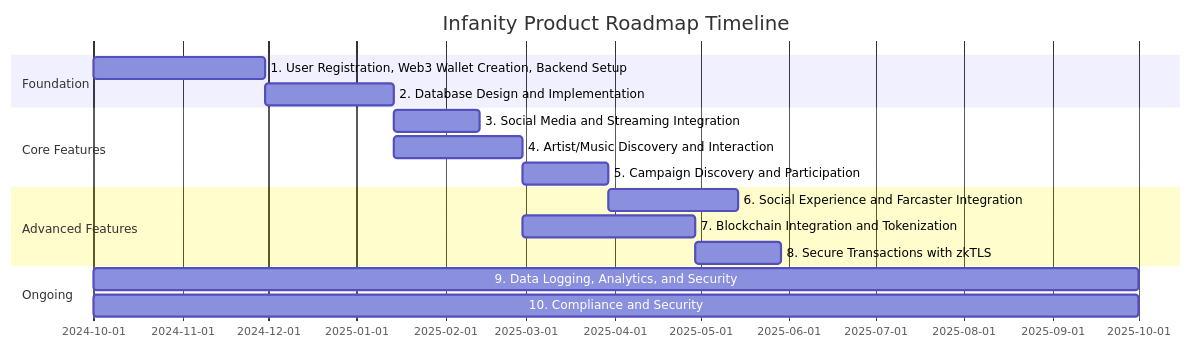
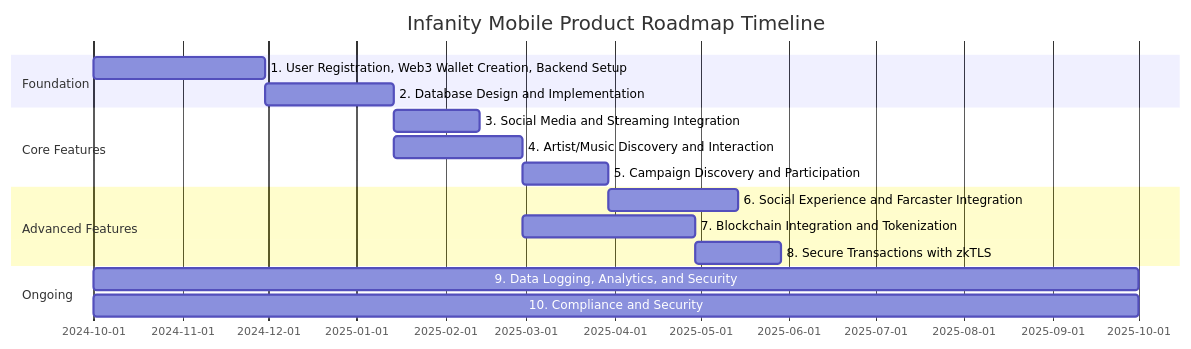
Before and after one commit to lesgreys/infanity: the diagram in epicchart.mermaid, drawn with Mermaid.

```diff
--- a/epicchart.mermaid
+++ b/epicchart.mermaid
@@ -1,17 +1,17 @@
 gantt
-    title Infanity Product Roadmap Timeline
+    title Infanity Mobile Product Roadmap Timeline
     dateFormat  YYYY-MM-DD
     section Foundation
     1. User Registration, Web3 Wallet Creation, Backend Setup :a1, 2024-10-01, 60d
     2. Database Design and Implementation :a2, after a1, 45d
     section Core Features
     3. Social Media and Streaming Integration :a3, after a2, 30d
     4. Artist/Music Discovery and Interaction :a4, after a2, 45d
     5. Campaign Discovery and Participation :a5, after a3 a4, 30d
     section Advanced Features
     6. Social Experience and Farcaster Integration :a6, after a5, 45d
     7. Blockchain Integration and Tokenization :a7, after a4, 60d
     8. Secure Transactions with zkTLS :a8, after a7, 30d
     section Ongoing
     9. Data Logging, Analytics, and Security :a9, 2024-10-01, 365d
     10. Compliance and Security :a10, 2024-10-01, 365d
```
